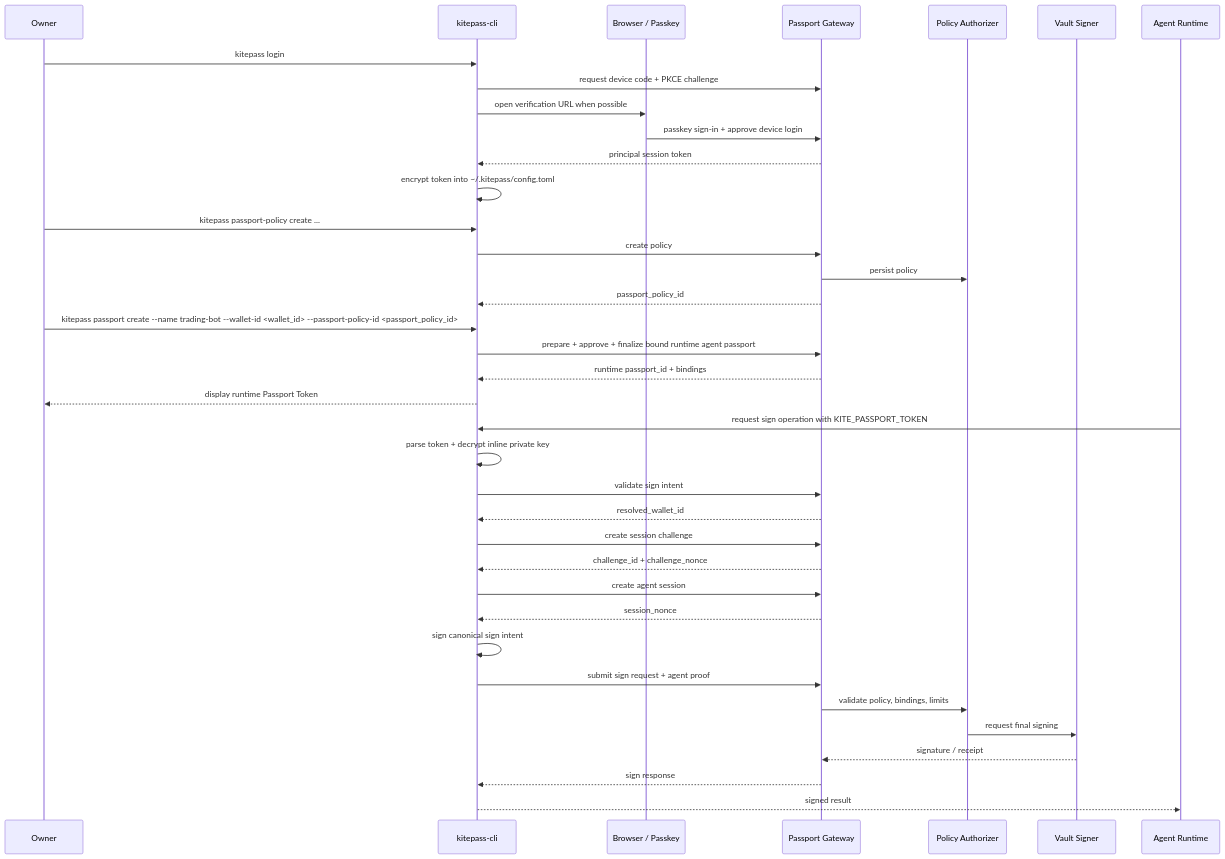
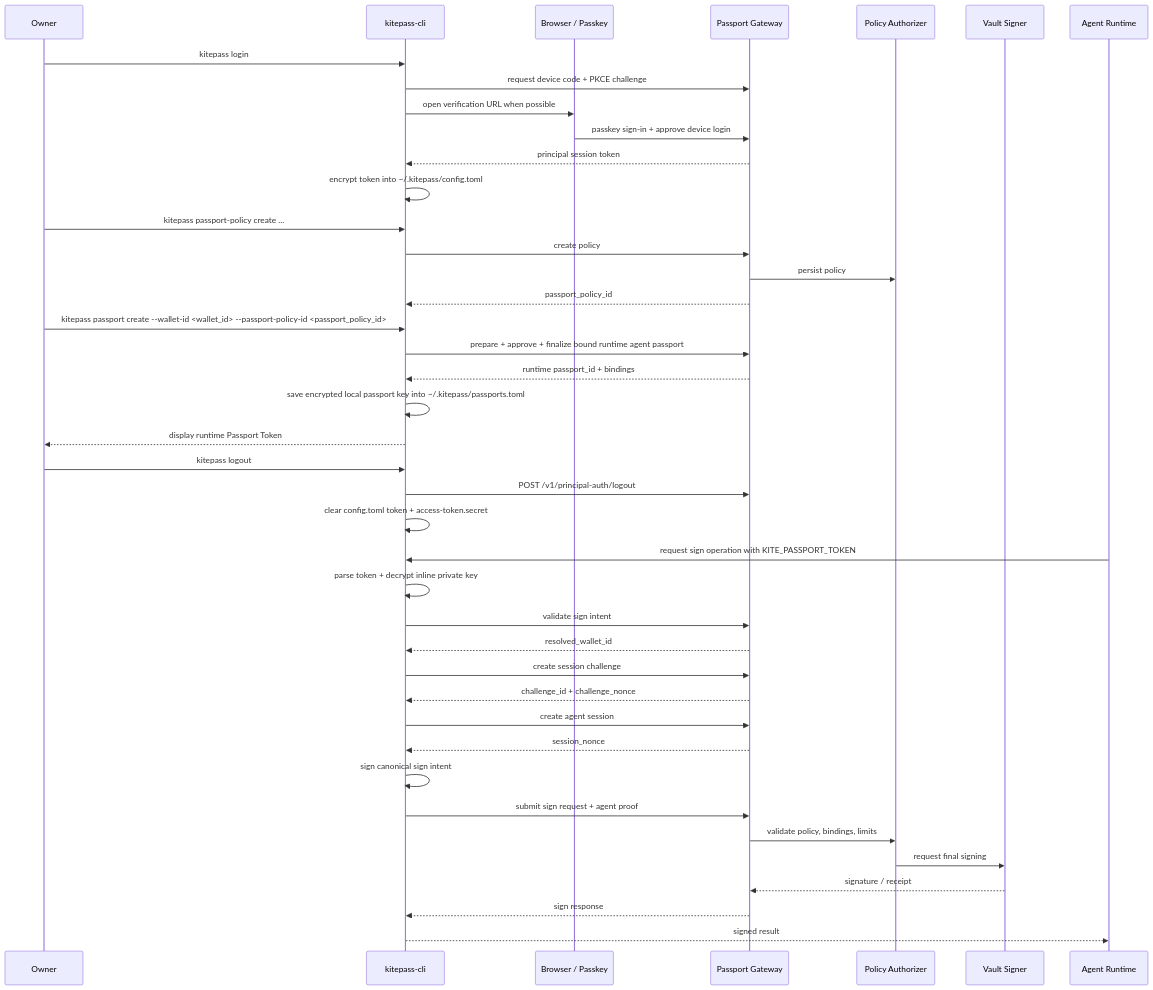
One commit to zfdang/agent-passport-cli changed the diagram in docs/principal-auth-and-agent-passport-flow.md. Above: the diagram before and after it, drawn with Mermaid. The commit also changed other lines of this file and 19 other files, not shown here.

First line of the commit message:
remove profile concept from CLI, add logout command and comprehensive tests

````diff
--- a/docs/principal-auth-and-agent-passport-flow.md
+++ b/docs/principal-auth-and-agent-passport-flow.md
@@ -31,43 +27,48 @@
 ```mermaid
 sequenceDiagram
     participant Owner as Owner
     participant CLI as kitepass-cli
     participant Browser as Browser / Passkey
     participant Gateway as Passport Gateway
     participant Authz as Policy Authorizer
     participant Vault as Vault Signer
     participant Agent as Agent Runtime
 
     Owner->>CLI: kitepass login
     CLI->>Gateway: request device code + PKCE challenge
     CLI->>Browser: open verification URL when possible
     Browser->>Gateway: passkey sign-in + approve device login
     Gateway-->>CLI: principal session token
     CLI->>CLI: encrypt token into ~/.kitepass/config.toml
 
     Owner->>CLI: kitepass passport-policy create ...
     CLI->>Gateway: create policy
     Gateway->>Authz: persist policy
     Gateway-->>CLI: passport_policy_id
 
-    Owner->>CLI: kitepass passport create --name trading-bot --wallet-id <wallet_id> --passport-policy-id <passport_policy_id>
+    Owner->>CLI: kitepass passport create --wallet-id <wallet_id> --passport-policy-id <passport_policy_id>
     CLI->>Gateway: prepare + approve + finalize bound runtime agent passport
     Gateway-->>CLI: runtime passport_id + bindings
+    CLI->>CLI: save encrypted local passport key into ~/.kitepass/passports.toml
     CLI-->>Owner: display runtime Passport Token
+
+    Owner->>CLI: kitepass logout
+    CLI->>Gateway: POST /v1/principal-auth/logout
+    CLI->>CLI: clear config.toml token + access-token.secret
 
     Agent->>CLI: request sign operation with KITE_PASSPORT_TOKEN
     CLI->>CLI: parse token + decrypt inline private key
     CLI->>Gateway: validate sign intent
     Gateway-->>CLI: resolved_wallet_id
     CLI->>Gateway: create session challenge
     Gateway-->>CLI: challenge_id + challenge_nonce
     CLI->>Gateway: create agent session
     Gateway-->>CLI: session_nonce
     CLI->>CLI: sign canonical sign intent
     CLI->>Gateway: submit sign request + agent proof
     Gateway->>Authz: validate policy, bindings, limits
     Authz->>Vault: request final signing
     Vault-->>Gateway: signature / receipt
     Gateway-->>CLI: sign response
     CLI-->>Agent: signed result
 ```
````
